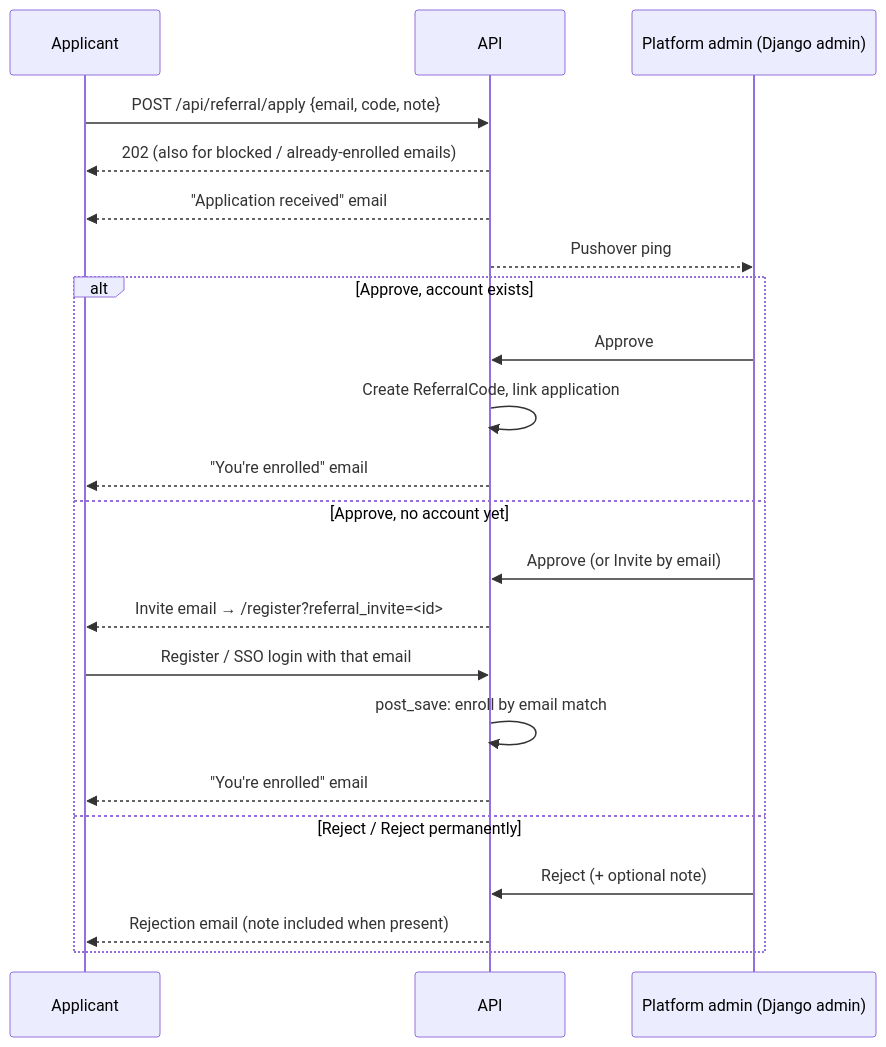
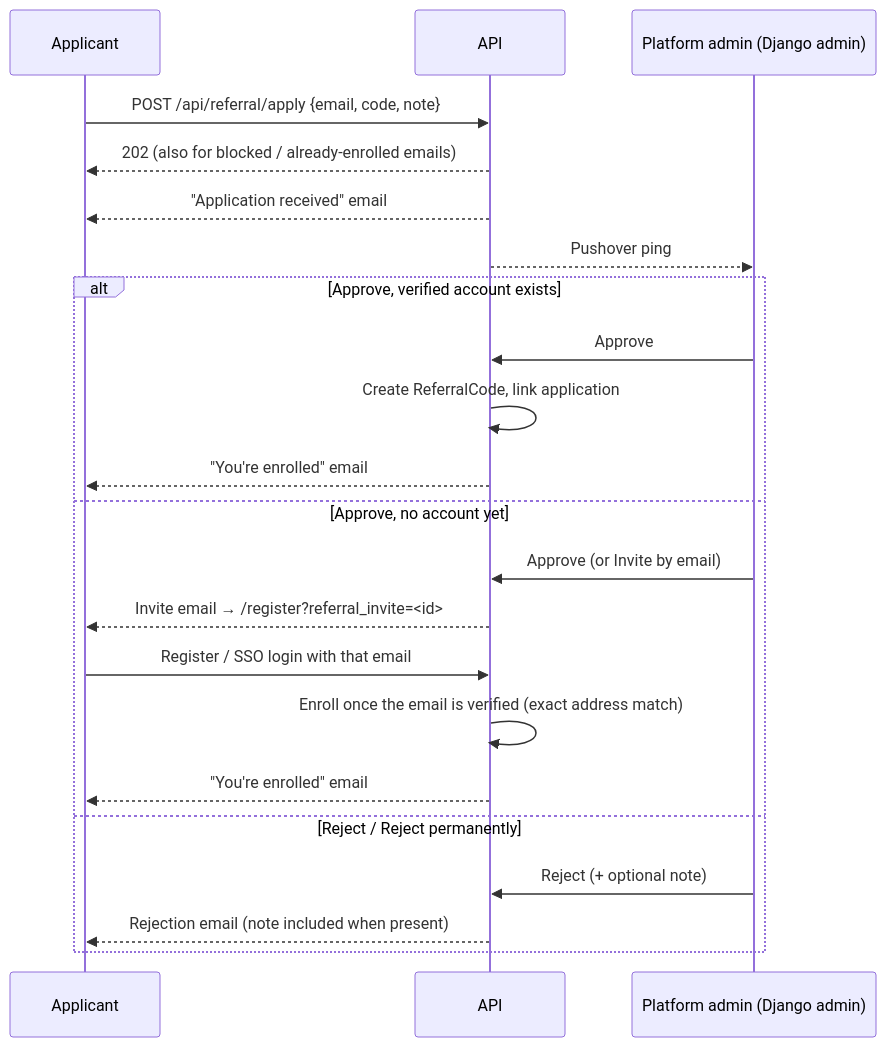
One commit to letsrevel/revel-backend changed diagram 11 of 12 in docs/guides/user-journey.md. Above: the diagram before and after it, drawn with Mermaid. The commit also changed other lines of this file and 2 other files, not shown here.

Commit message:
docs(accounts): describe unverified-account restart and referral enrolment timing

````diff
--- a/docs/guides/user-journey.md
+++ b/docs/guides/user-journey.md
@@ -665,26 +665,26 @@
 ```mermaid
 sequenceDiagram
     participant A as Applicant
     participant API as API
     participant Adm as Platform admin (Django admin)
 
     A->>API: POST /api/referral/apply {email, code, note}
     API-->>A: 202 (also for blocked / already-enrolled emails)
     API-->>A: "Application received" email
     API-->>Adm: Pushover ping
 
-    alt Approve, account exists
+    alt Approve, verified account exists
         Adm->>API: Approve
         API->>API: Create ReferralCode, link application
         API-->>A: "You're enrolled" email
     else Approve, no account yet
         Adm->>API: Approve (or Invite by email)
         API-->>A: Invite email → /register?referral_invite=<id>
         A->>API: Register / SSO login with that email
-        API->>API: post_save: enroll by email match
+        API->>API: Enroll once the email is verified (exact address match)
         API-->>A: "You're enrolled" email
     else Reject / Reject permanently
         Adm->>API: Reject (+ optional note)
         API-->>A: Rejection email (note included when present)
     end
 ```
````
